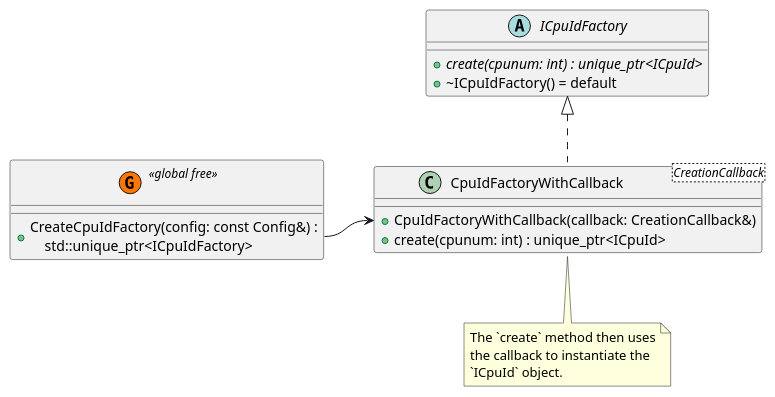
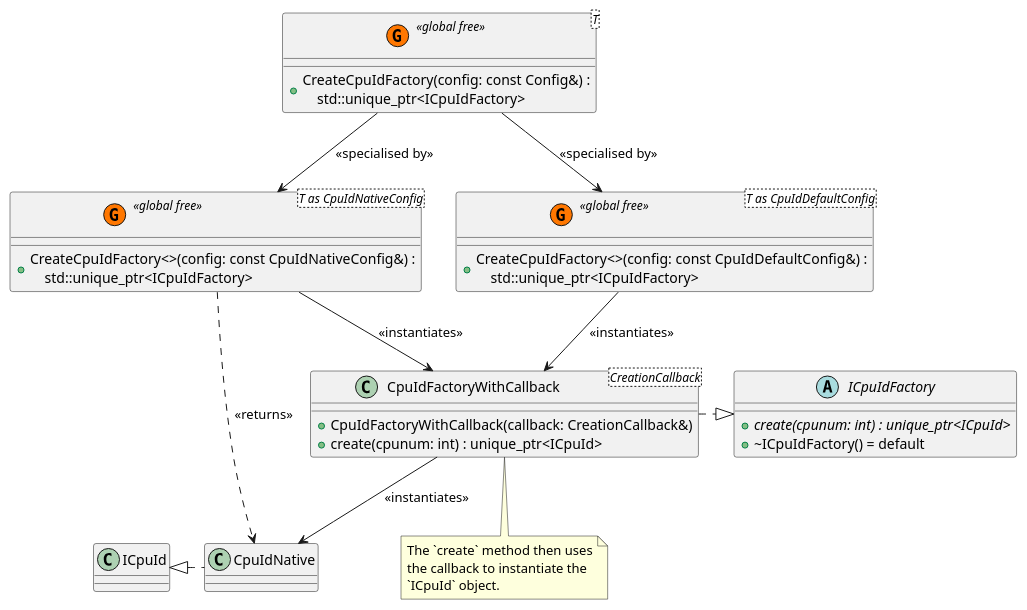
One commit to jcurl/devc-cpuid changed the diagram in docs/diagrams/cpuid_factory.plantuml. Above: the diagram before and after it, drawn with PlantUML. The commit also changed 9 other files, not shown here.

First line of the commit message:
CpuId: Update documentation and UML

```diff
--- a/docs/diagrams/cpuid_factory.plantuml
+++ b/docs/diagrams/cpuid_factory.plantuml
@@ -1,26 +1,44 @@
 @startuml ICpuIdFactory
 
 abstract class ICpuIdFactory {
     +{abstract} create(cpunum: int) : unique_ptr<ICpuId>
     +~ICpuIdFactory() = default
 }
 
-class " " as Global <<(G,#FF7700) global free>> {
+class " " as Global<T> <<(G,#FF7700) global free>> {
     +CreateCpuIdFactory(config: const Config&) :\n    std::unique_ptr<ICpuIdFactory>
+}
+
+class " " as GlobalDefault<T as CpuIdDefaultConfig> <<(G,#FF7700) global free>> {
+    +CreateCpuIdFactory<>(config: const CpuIdDefaultConfig&) :\n    std::unique_ptr<ICpuIdFactory>
+}
+
+class " " as GlobalNative<T as CpuIdNativeConfig> <<(G,#FF7700) global free>> {
+    +CreateCpuIdFactory<>(config: const CpuIdNativeConfig&) :\n    std::unique_ptr<ICpuIdFactory>
 }
 
 class CpuIdFactoryWithCallback<CreationCallback> {
     +CpuIdFactoryWithCallback(callback: CreationCallback&)
     +create(cpunum: int) : unique_ptr<ICpuId>
 }
 note bottom
     The `create` method then uses
     the callback to instantiate the
     `ICpuId` object.
 end note
 
-ICpuIdFactory <|.d. CpuIdFactoryWithCallback
+class ICpuId { }
 
-Global::CreateCpuIdFactory -r-> CpuIdFactoryWithCallback::CpuIdFactoryWithCallback
+class CpuIdNative { }
 
+CpuIdNative .l.|> ICpuId
+CpuIdFactoryWithCallback .r.|> ICpuIdFactory
+
+Global -d-> GlobalDefault : <<specialised by>>
+Global -d-> GlobalNative : <<specialised by>>
+GlobalDefault -d-> CpuIdFactoryWithCallback : <<instantiates>>
+GlobalNative -d-> CpuIdFactoryWithCallback : <<instantiates>>
+
+GlobalNative .r.> CpuIdNative : <<returns>>
+CpuIdFactoryWithCallback -d-> CpuIdNative : <<instantiates>>
 @enduml
```
